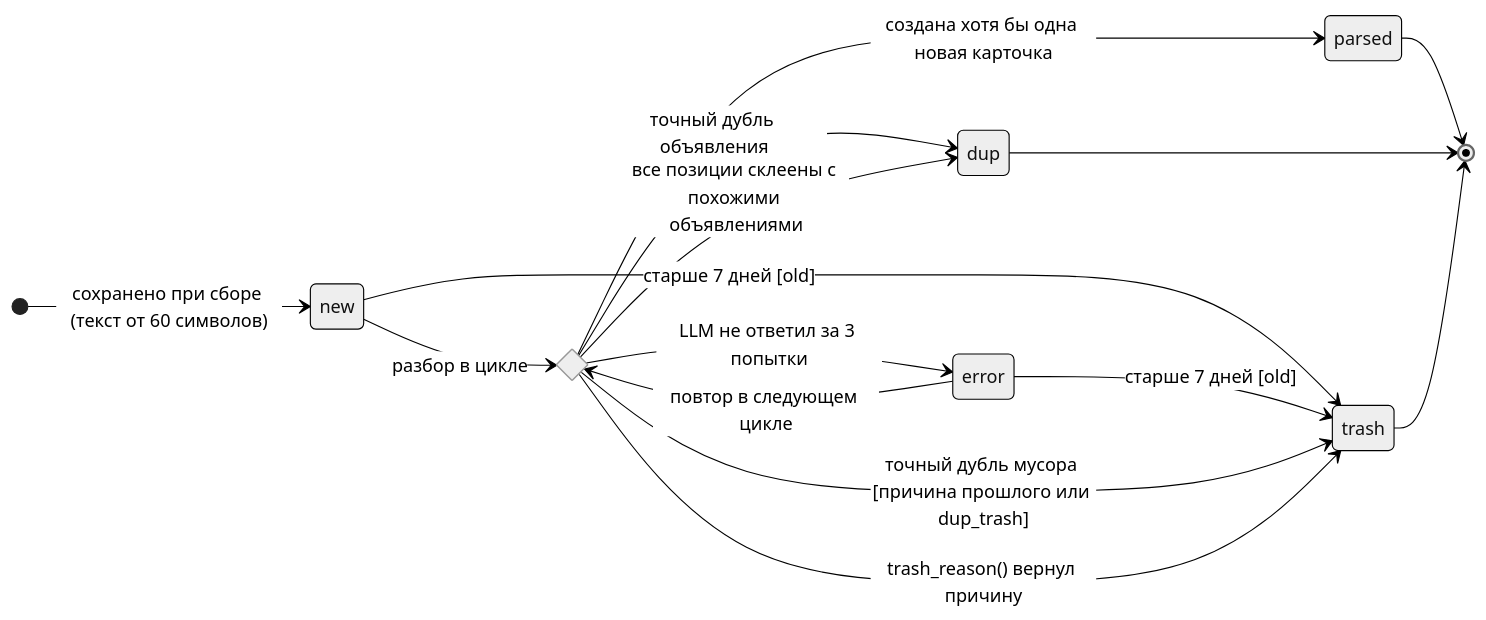
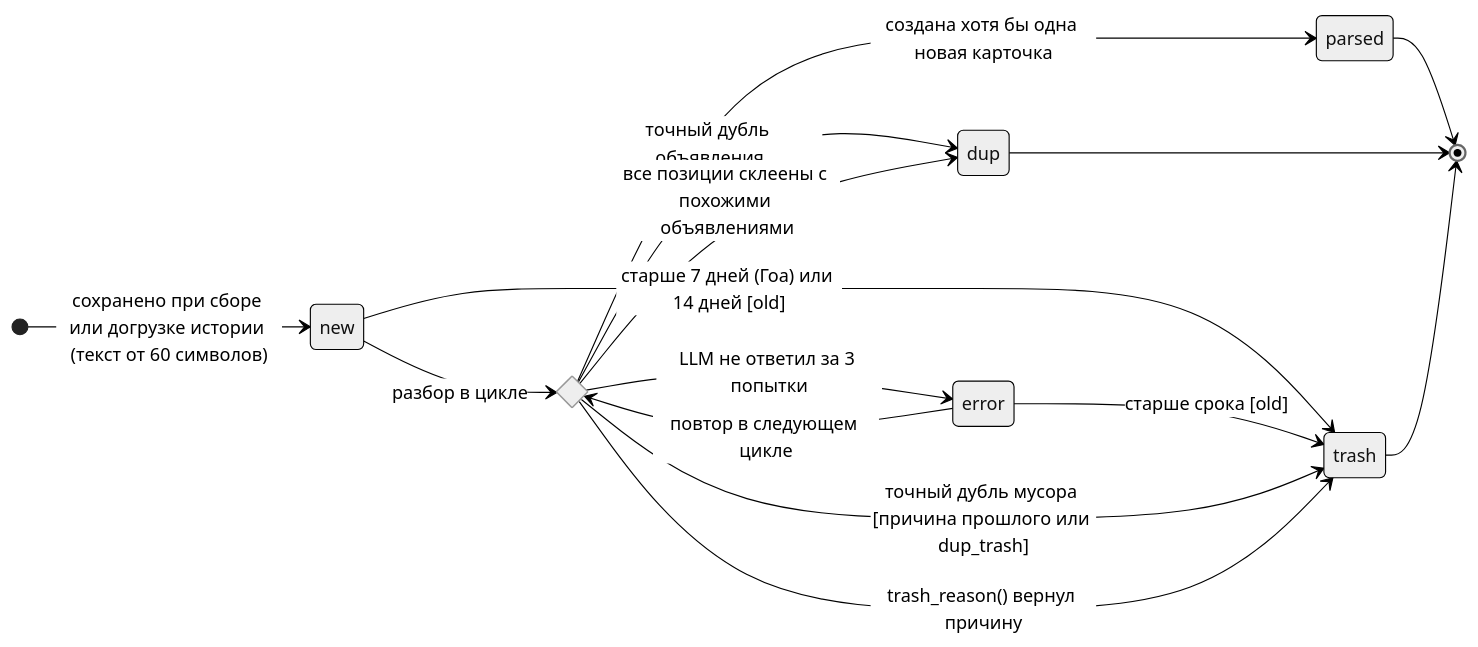
The diagram in docs/05-post-states.md (Demitrofan/Goads), drawn with Mermaid (neutral theme) before and after one commit. The commit also changed other lines of this file and 14 other files, not shown here.

````diff
--- a/docs/05-post-states.md
+++ b/docs/05-post-states.md
@@ -9,23 +12,23 @@
 ```mermaid
 stateDiagram-v2
     direction LR
-    [*] --> new : сохранено при сборе (текст от 60 символов)
+    [*] --> new : сохранено при сборе или догрузке истории (текст от 60 символов)
 
     state check <<choice>>
     new --> check : разбор в цикле
     error --> check : повтор в следующем цикле
 
-    new --> trash : старше 7 дней [old]
-    error --> trash : старше 7 дней [old]
+    new --> trash : старше 7 дней (Гоа) или 14 дней [old]
+    error --> trash : старше срока [old]
 
     check --> dup : точный дубль объявления
     check --> trash : точный дубль мусора [причина прошлого или dup_trash]
     check --> error : LLM не ответил за 3 попытки
     check --> trash : trash_reason() вернул причину
     check --> parsed : создана хотя бы одна новая карточка
     check --> dup : все позиции склеены с похожими объявлениями
 
     parsed --> [*]
     dup --> [*]
     trash --> [*]
 ```
````
